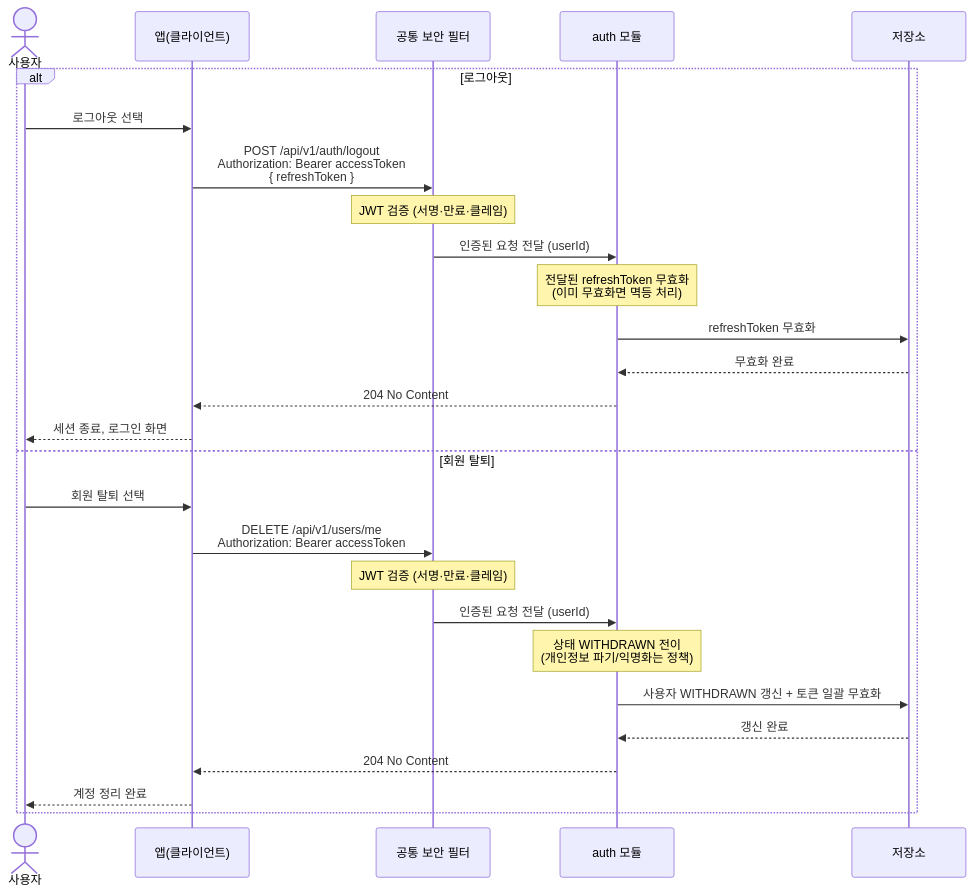
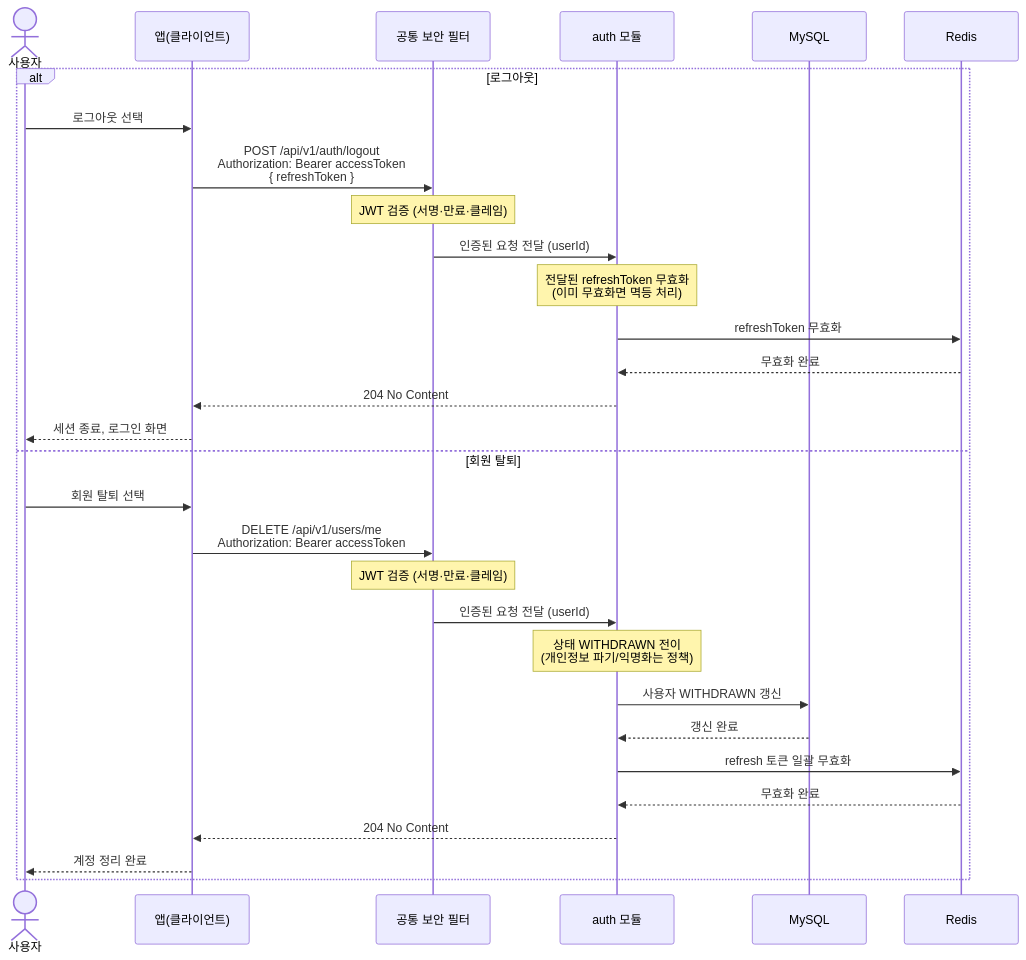
One commit to jameskim9509/Kohere-backend changed the diagram in docs/architecture/sequence-diagrams/01-auth-onboarding/us-1-4-logout-withdraw.md. Above: the diagram before and after it, drawn with Mermaid. The commit also changed other lines of this file and 28 other files, not shown here.

First line of the commit message:
docs(architecture): 시퀀스 다이어그램에 폴리글랏 저장소 반영 (#24)

````diff
--- a/docs/architecture/sequence-diagrams/01-auth-onboarding/us-1-4-logout-withdraw.md
+++ b/docs/architecture/sequence-diagrams/01-auth-onboarding/us-1-4-logout-withdraw.md
@@ -5,30 +5,33 @@
 ```mermaid
 sequenceDiagram
     actor U as 사용자
     participant C as 앱(클라이언트)
     participant SEC as 공통 보안 필터
     participant AUTH as auth 모듈
-    participant DB as 저장소
+    participant SQL as MySQL
+    participant RDS as Redis
 
     alt 로그아웃
         U->>C: 로그아웃 선택
         C->>SEC: POST /api/v1/auth/logout<br/>Authorization: Bearer accessToken<br/>{ refreshToken }
         Note over SEC: JWT 검증 (서명·만료·클레임)
         SEC->>AUTH: 인증된 요청 전달 (userId)
         Note over AUTH: 전달된 refreshToken 무효화<br/>(이미 무효화면 멱등 처리)
-        AUTH->>DB: refreshToken 무효화
-        DB-->>AUTH: 무효화 완료
+        AUTH->>RDS: refreshToken 무효화
+        RDS-->>AUTH: 무효화 완료
         AUTH-->>C: 204 No Content
         C-->>U: 세션 종료, 로그인 화면
     else 회원 탈퇴
         U->>C: 회원 탈퇴 선택
         C->>SEC: DELETE /api/v1/users/me<br/>Authorization: Bearer accessToken
         Note over SEC: JWT 검증 (서명·만료·클레임)
         SEC->>AUTH: 인증된 요청 전달 (userId)
         Note over AUTH: 상태 WITHDRAWN 전이<br/>(개인정보 파기/익명화는 정책)
-        AUTH->>DB: 사용자 WITHDRAWN 갱신 + 토큰 일괄 무효화
-        DB-->>AUTH: 갱신 완료
+        AUTH->>SQL: 사용자 WITHDRAWN 갱신
+        SQL-->>AUTH: 갱신 완료
+        AUTH->>RDS: refresh 토큰 일괄 무효화
+        RDS-->>AUTH: 무효화 완료
         AUTH-->>C: 204 No Content
         C-->>U: 계정 정리 완료
     end
 ```
````
